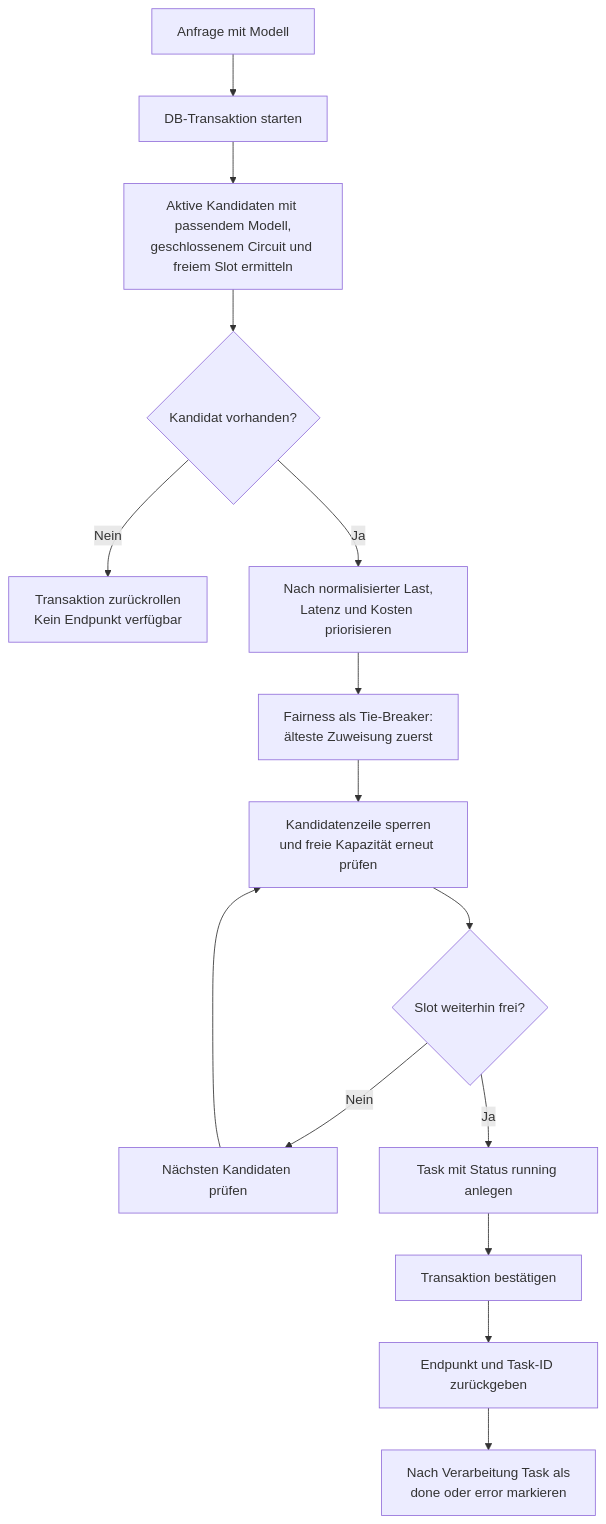
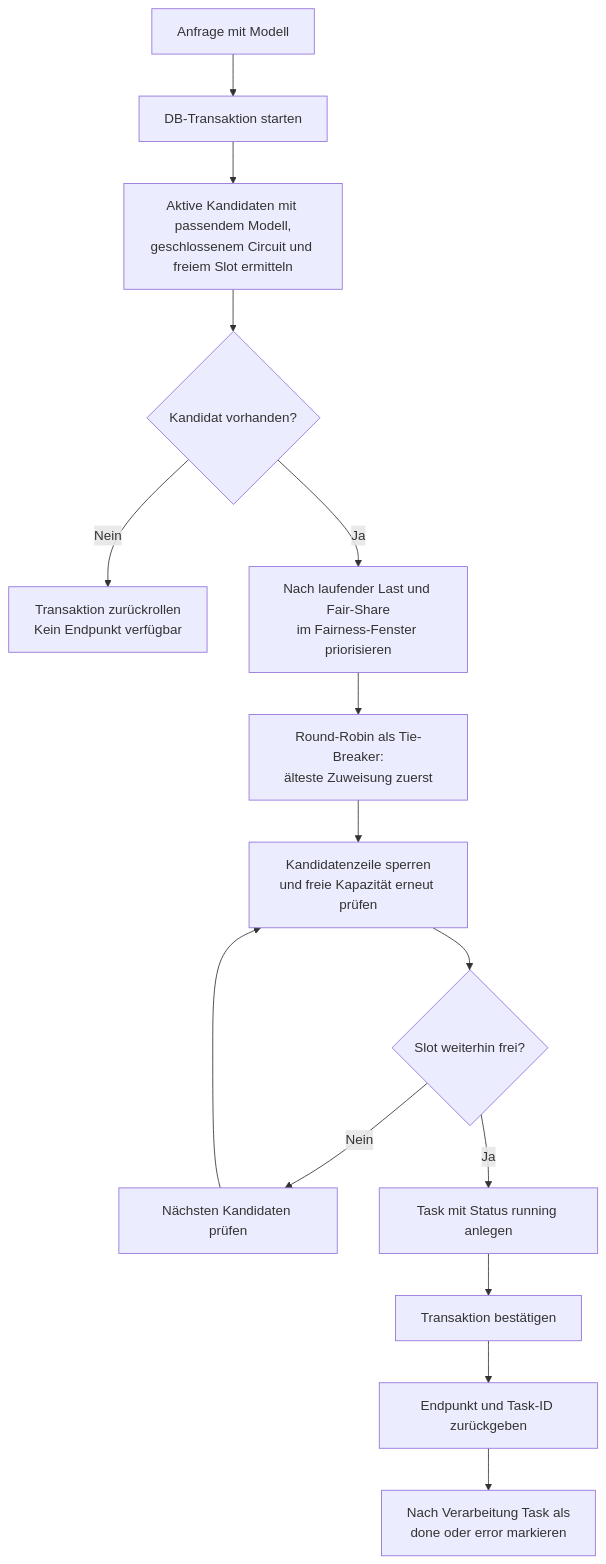
One commit to dareinelt/LLMInt changed the third of 4 diagrams in README.md. Above: the diagram before and after it, drawn with Mermaid. The commit also changed other lines of this file and 12 other files, not shown here.

Commit message:
Fix balancer fairness: fair-share window + round-robin, drop latency from routing

````diff
--- a/README.md
+++ b/README.md
@@ -227,17 +229,17 @@
 ```mermaid
 flowchart TD
     A[Anfrage mit Modell] --> B[DB-Transaktion starten]
     B --> C[Aktive Kandidaten mit passendem Modell,<br/>geschlossenem Circuit und freiem Slot ermitteln]
     C --> D{Kandidat vorhanden?}
     D -- Nein --> E[Transaktion zurückrollen<br/>Kein Endpunkt verfügbar]
-    D -- Ja --> F[Nach normalisierter Last,<br/>Latenz und Kosten priorisieren]
-    F --> G[Fairness als Tie-Breaker:<br/>älteste Zuweisung zuerst]
+    D -- Ja --> F[Nach laufender Last und Fair-Share<br/>im Fairness-Fenster priorisieren]
+    F --> G[Round-Robin als Tie-Breaker:<br/>älteste Zuweisung zuerst]
     G --> H[Kandidatenzeile sperren<br/>und freie Kapazität erneut prüfen]
     H --> I{Slot weiterhin frei?}
     I -- Nein --> J[Nächsten Kandidaten prüfen]
     J --> H
     I -- Ja --> K[Task mit Status running anlegen]
     K --> L[Transaktion bestätigen]
     L --> M[Endpunkt und Task-ID zurückgeben]
     M --> N[Nach Verarbeitung Task als<br/>done oder error markieren]
 ```
````
